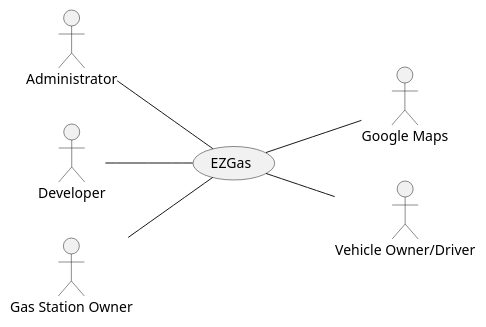
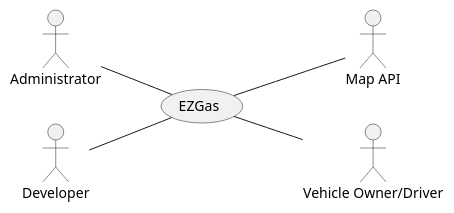
The first of 3 diagrams in REQ_s280073.md (SoftengPoliTo/Lab2), drawn with PlantUML before and after one commit. The commit also changed other lines of this file, not shown here.

````diff
--- a/REQ_s280073.md
+++ b/REQ_s280073.md
@@ -50,13 +51,11 @@
 ```plantuml
 left to right direction
 actor "Administrator" as a
 actor "Developer" as b
-actor "Google Maps" as c
+actor "Map API" as c
 actor "Vehicle Owner/Driver" as d
-actor "Gas Station Owner" as e
 a -- (EZGas)
 b -- (EZGas) 
 (EZGas) -- c
 (EZGas) -- d
-e -- (EZGas)
 ```
````
